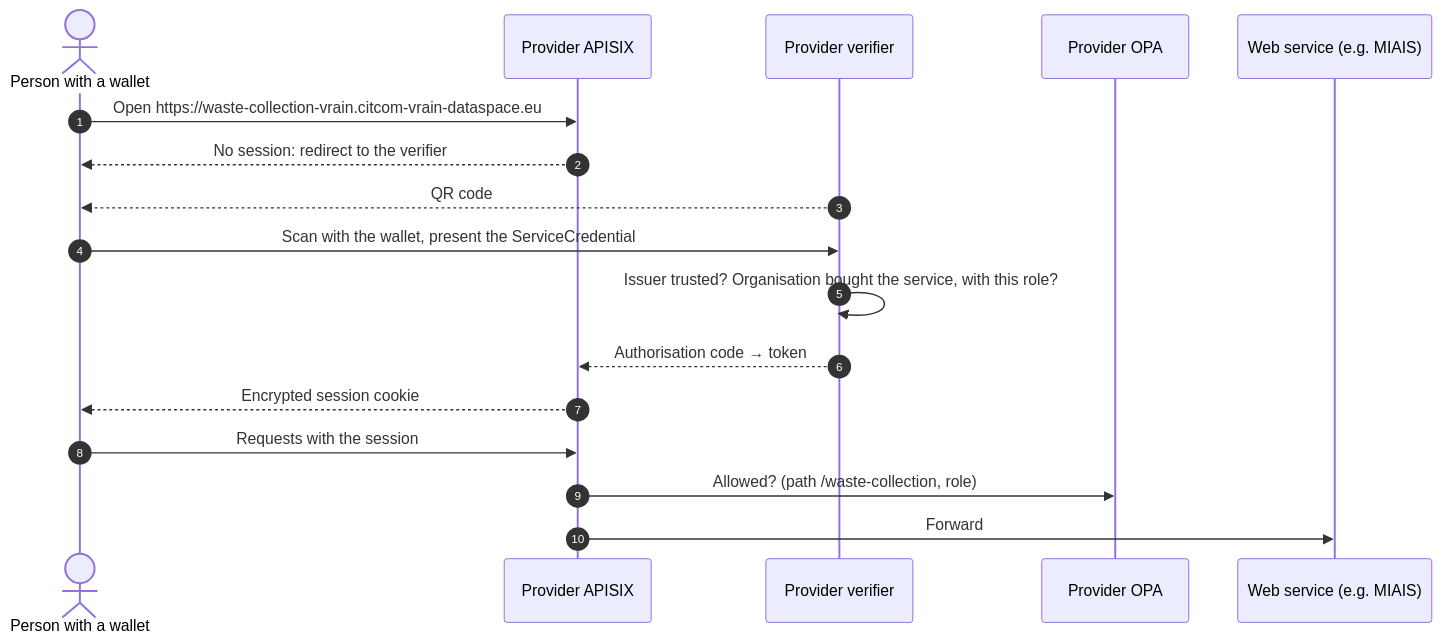
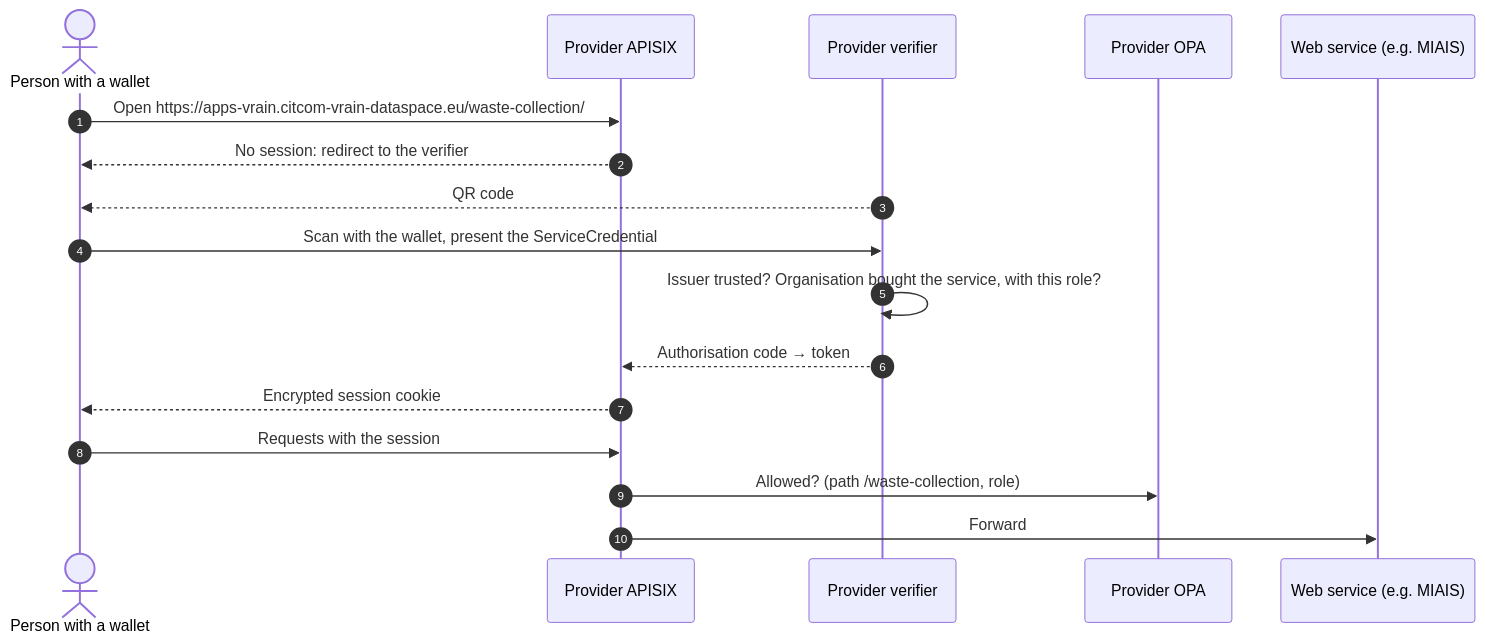
One commit to CitComAI-Hub/CitComAI-Hub.github.io changed the fifth of 5 diagrams in docs/data_spaces/fiware.md. Above: the diagram before and after it, drawn with Mermaid.

Commit message:
docs(fiware): the MIAIS is now at apps-vrain/waste-collection/

````diff
--- a/docs/data_spaces/fiware.md
+++ b/docs/data_spaces/fiware.md
@@ -161,19 +161,19 @@
 ```mermaid
 sequenceDiagram
     autonumber
     actor U as Person with a wallet
     participant GW as Provider APISIX
     participant VF as Provider verifier
     participant OPA as Provider OPA
     participant APP as Web service (e.g. MIAIS)
-    U->>GW: Open https://waste-collection-vrain.citcom-vrain-dataspace.eu
+    U->>GW: Open https://apps-vrain.citcom-vrain-dataspace.eu/waste-collection/
     GW-->>U: No session: redirect to the verifier
     VF-->>U: QR code
     U->>VF: Scan with the wallet, present the ServiceCredential
     VF->>VF: Issuer trusted? Organisation bought the service, with this role?
     VF-->>GW: Authorisation code → token
     GW-->>U: Encrypted session cookie
     U->>GW: Requests with the session
     GW->>OPA: Allowed? (path /waste-collection, role)
     GW->>APP: Forward
 ```
````
